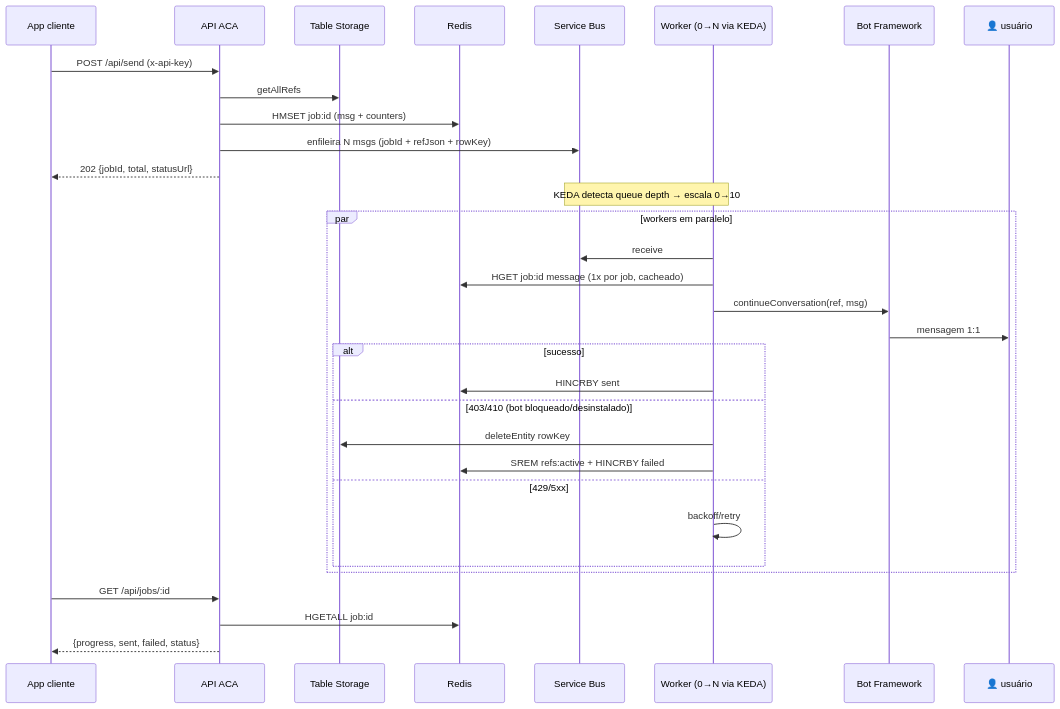
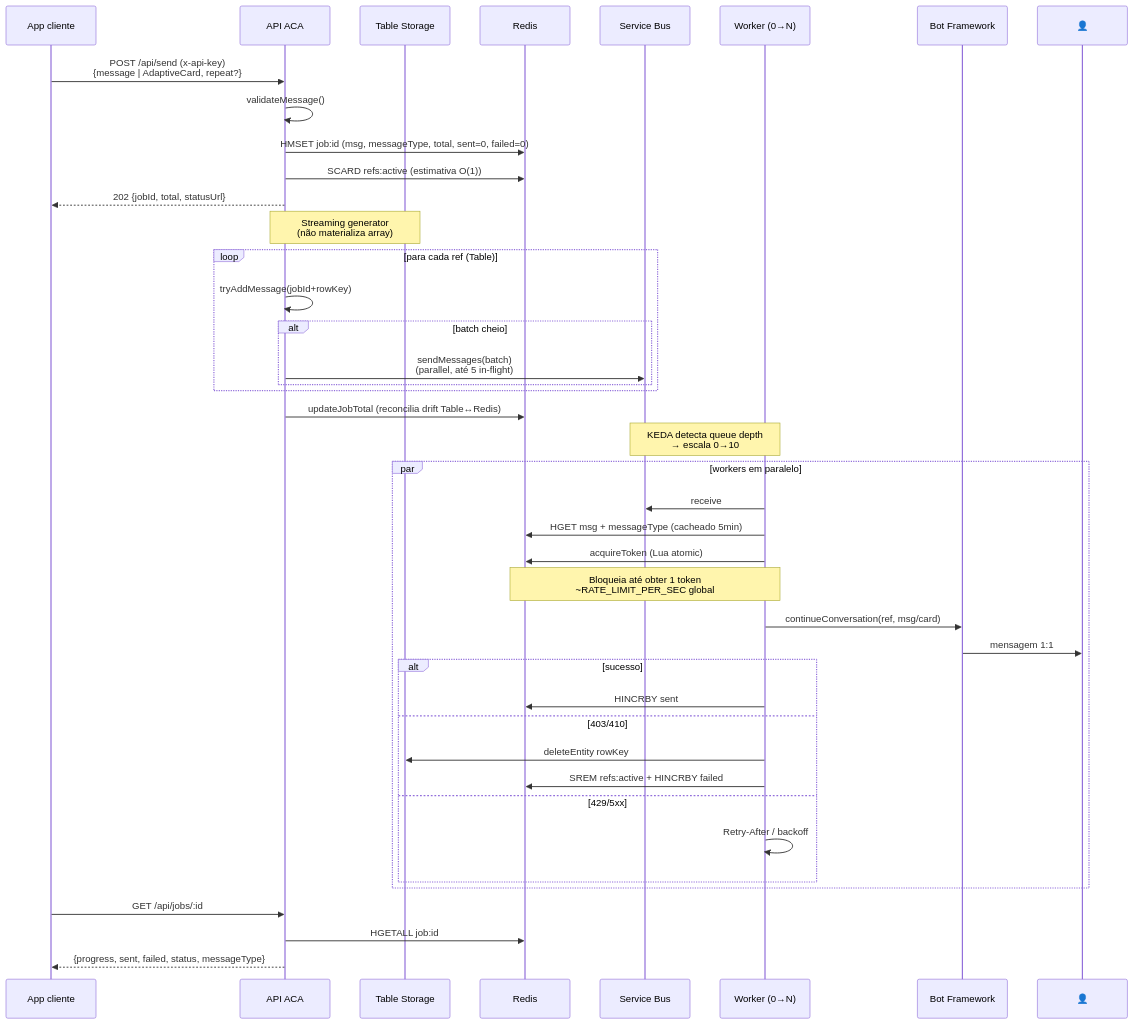
Before and after one commit to EdneiMonteiro/teams_msgs: the fourth of 6 diagrams in README.md, drawn with Mermaid. The commit also changed other lines of this file, not shown here.

First line of the commit message:
docs(v8): full README refresh with diagrams, ADR, tests section

````diff
--- a/README.md
+++ b/README.md
@@ -109,38 +166,48 @@
 ```mermaid
 sequenceDiagram
     participant Client as App cliente
     participant API as API ACA
     participant Table as Table Storage
     participant Redis as Redis
     participant SB as Service Bus
-    participant Worker as Worker (0→N via KEDA)
+    participant Worker as Worker (0→N)
     participant Bot as Bot Framework
-    participant User as 👤 usuário
+    participant User as 👤
 
-    Client->>API: POST /api/send (x-api-key)
-    API->>Table: getAllRefs
-    API->>Redis: HMSET job:id (msg + counters)
-    API->>SB: enfileira N msgs (jobId + refJson + rowKey)
+    Client->>API: POST /api/send (x-api-key)<br/>{message | AdaptiveCard, repeat?}
+    API->>API: validateMessage()
+    API->>Redis: HMSET job:id (msg, messageType, total, sent=0, failed=0)
+    API->>Redis: SCARD refs:active (estimativa O(1))
     API-->>Client: 202 {jobId, total, statusUrl}
+    Note over API,Table: Streaming generator<br/>(não materializa array)
+    loop para cada ref (Table)
+        API->>API: tryAddMessage(jobId+rowKey)
+        alt batch cheio
+            API->>SB: sendMessages(batch)<br/>(parallel, até 5 in-flight)
+        end
+    end
+    API->>Redis: updateJobTotal (reconcilia drift Table↔Redis)
 
-    Note over SB,Worker: KEDA detecta queue depth → escala 0→10
+    Note over SB,Worker: KEDA detecta queue depth<br/>→ escala 0→10
 
     par workers em paralelo
         Worker->>SB: receive
-        Worker->>Redis: HGET job:id message (1x por job, cacheado)
-        Worker->>Bot: continueConversation(ref, msg)
+        Worker->>Redis: HGET msg + messageType (cacheado 5min)
+        Worker->>Redis: acquireToken (Lua atomic)
+        Note over Worker,Redis: Bloqueia até obter 1 token<br/>~RATE_LIMIT_PER_SEC global
+        Worker->>Bot: continueConversation(ref, msg/card)
         Bot->>User: mensagem 1:1
         alt sucesso
             Worker->>Redis: HINCRBY sent
-        else 403/410 (bot bloqueado/desinstalado)
+        else 403/410
             Worker->>Table: deleteEntity rowKey
             Worker->>Redis: SREM refs:active + HINCRBY failed
         else 429/5xx
-            Worker->>Worker: backoff/retry
+            Worker->>Worker: Retry-After / backoff
         end
     end
 
     Client->>API: GET /api/jobs/:id
     API->>Redis: HGETALL job:id
-    API-->>Client: {progress, sent, failed, status}
+    API-->>Client: {progress, sent, failed, status, messageType}
 ```
````
